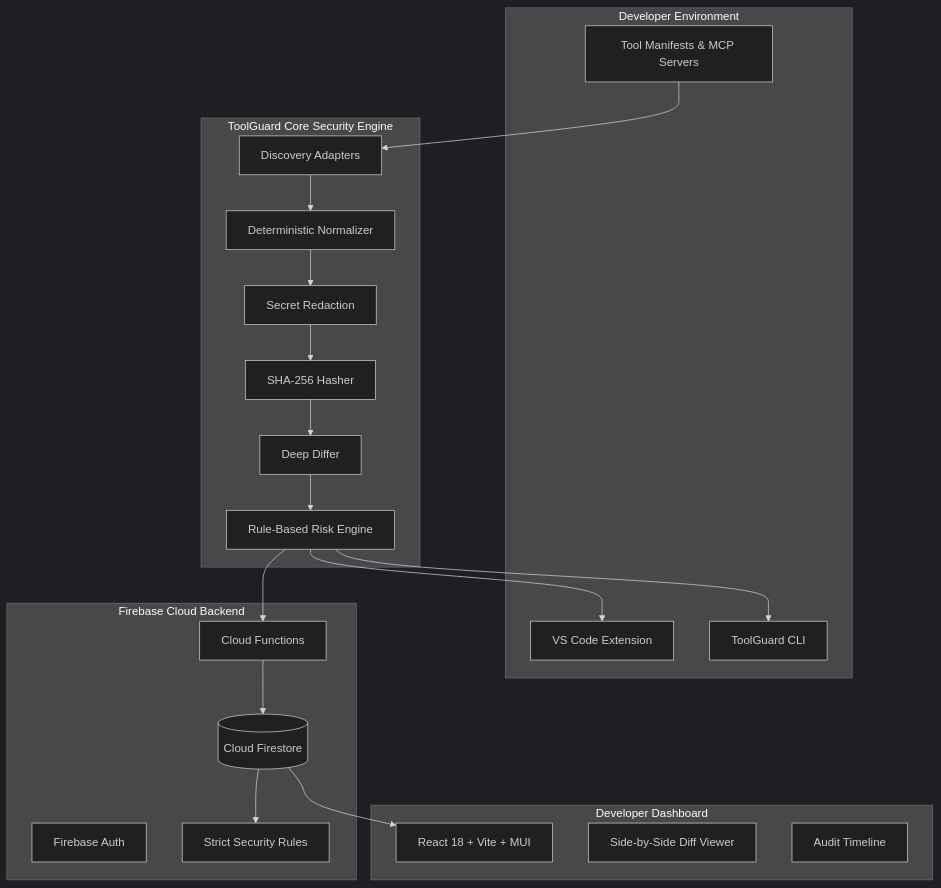
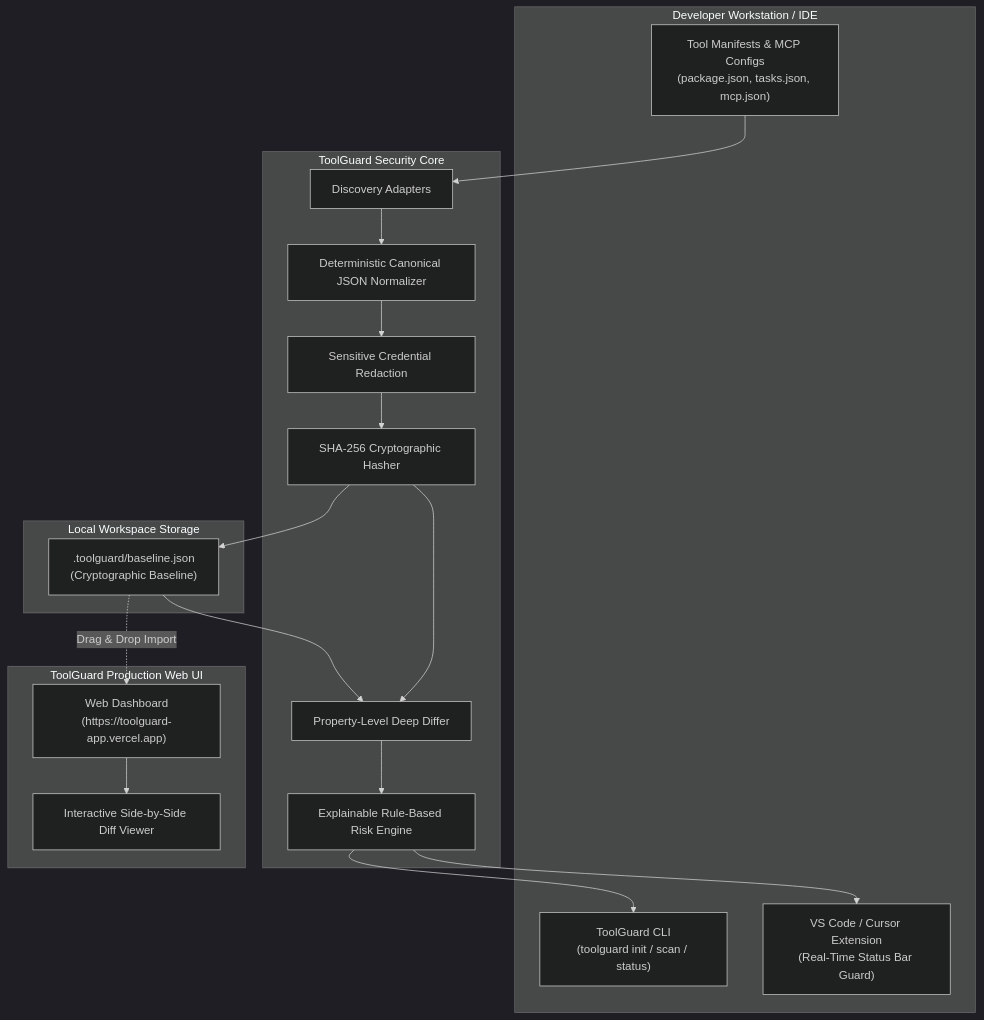
The diagram in README.md (Kaustubh-Barad-007/ToolGuard), drawn with Mermaid (dark theme) before and after one commit. The commit also changed other lines of this file and 10 other files, not shown here.

````diff
--- a/README.md
+++ b/README.md
@@ -27,43 +94,39 @@
 ```mermaid
 flowchart TD
-    subgraph IDE [Developer Environment]
-        VSCode[VS Code Extension]
-        CLI[ToolGuard CLI]
-        Tools[Tool Manifests & MCP Servers]
+    subgraph DevWorkspace [Developer Workstation / IDE]
+        Manifests["Tool Manifests & MCP Configs<br/>(package.json, tasks.json, mcp.json)"]
+        CLI["ToolGuard CLI<br/>(toolguard init / scan / status)"]
+        VSCodeExt["VS Code / Cursor Extension<br/>(Real-Time Status Bar Guard)"]
     end
 
-    subgraph Core [ToolGuard Core Security Engine]
-        Disc[Discovery Adapters]
-        Norm[Deterministic Normalizer]
-        FP[SHA-256 Hasher]
-        Diff[Deep Differ]
-        Risk[Rule-Based Risk Engine]
-        Redact[Secret Redaction]
+    subgraph SecurityEngine [ToolGuard Security Core]
+        Discovery["Discovery Adapters"]
+        Normalizer["Deterministic Canonical JSON Normalizer"]
+        Hasher["SHA-256 Cryptographic Hasher"]
+        Differ["Property-Level Deep Differ"]
+        RiskEngine["Explainable Rule-Based Risk Engine"]
+        Redaction["Sensitive Credential Redaction"]
     end
 
-    subgraph Backend [Firebase Cloud Backend]
-        Auth[Firebase Auth]
-        Firestore[(Cloud Firestore)]
-        Rules[Strict Security Rules]
-        Func[Cloud Functions]
+    subgraph Storage [Local Workspace Storage]
+        BaselineFile[".toolguard/baseline.json<br/>(Cryptographic Baseline)"]
     end
 
-    subgraph Web [Developer Dashboard]
-        ReactApp[React 18 + Vite + MUI]
-        DiffUI[Side-by-Side Diff Viewer]
-        TimelineUI[Audit Timeline]
+    subgraph Dashboard [ToolGuard Production Web UI]
+        WebUI["Web Dashboard<br/>(https://toolguard-app.vercel.app)"]
+        DiffUI["Interactive Side-by-Side Diff Viewer"]
     end
 
-    Tools --> Disc
-    Disc --> Norm
-    Norm --> Redact
-    Redact --> FP
-    FP --> Diff
-    Diff --> Risk
-    Risk --> VSCode
-    Risk --> CLI
-    Risk --> Func
-    Func --> Firestore
-    Firestore --> Rules
-    Firestore --> ReactApp
+    Manifests --> Discovery
+    Discovery --> Normalizer
+    Normalizer --> Redaction
+    Redaction --> Hasher
+    Hasher --> BaselineFile
+    BaselineFile --> Differ
+    Hasher --> Differ
+    Differ --> RiskEngine
+    RiskEngine --> CLI
+    RiskEngine --> VSCodeExt
+    BaselineFile -.->|Drag & Drop Import| WebUI
+    WebUI --> DiffUI
 ```
````
